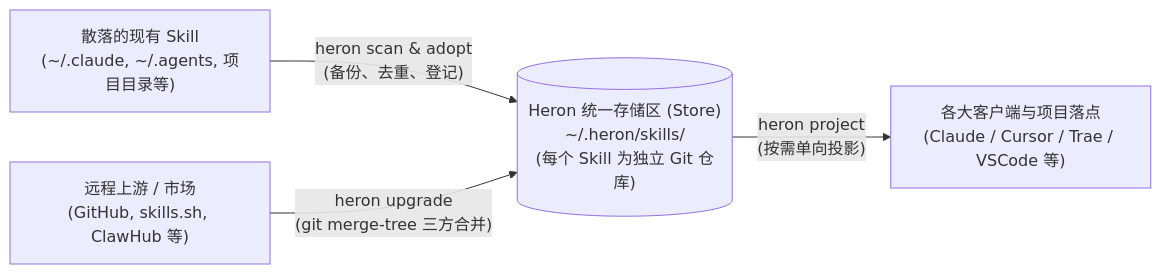
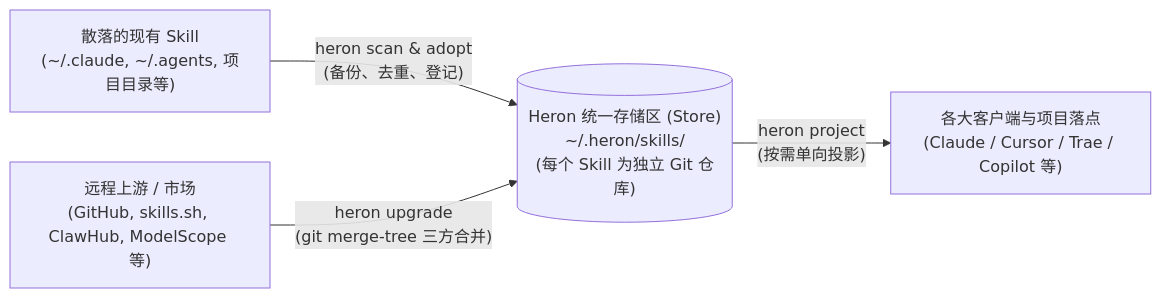
Before and after one commit to v5note/heron: the first of 2 diagrams in README.zh-CN.md, drawn with Mermaid. The commit also changed other lines of this file and 28 other files, not shown here.

````diff
--- a/README.zh-CN.md
+++ b/README.zh-CN.md
@@ -74,6 +85,6 @@
 ```mermaid
 flowchart LR
     A["散落的现有 Skill<br/>(~/.claude, ~/.agents, 项目目录等)"] -->|"heron scan & adopt<br/>(备份、去重、登记)"| B[("Heron 统一存储区 (Store)<br/>~/.heron/skills/<br/>(每个 Skill 为独立 Git 仓库)")]
-    B -->|"heron project<br/>(按需单向投影)"| C["各大客户端与项目落点<br/>(Claude / Cursor / Trae / VSCode 等)"]
-    D["远程上游 / 市场<br/>(GitHub, skills.sh, ClawHub 等)"] -->|"heron upgrade<br/>(git merge-tree 三方合并)"| B
+    B -->|"heron project<br/>(按需单向投影)"| C["各大客户端与项目落点<br/>(Claude / Cursor / Trae / Copilot 等)"]
+    D["远程上游 / 市场<br/>(GitHub, skills.sh, ClawHub, ModelScope 等)"] -->|"heron upgrade<br/>(git merge-tree 三方合并)"| B
 ```
````
